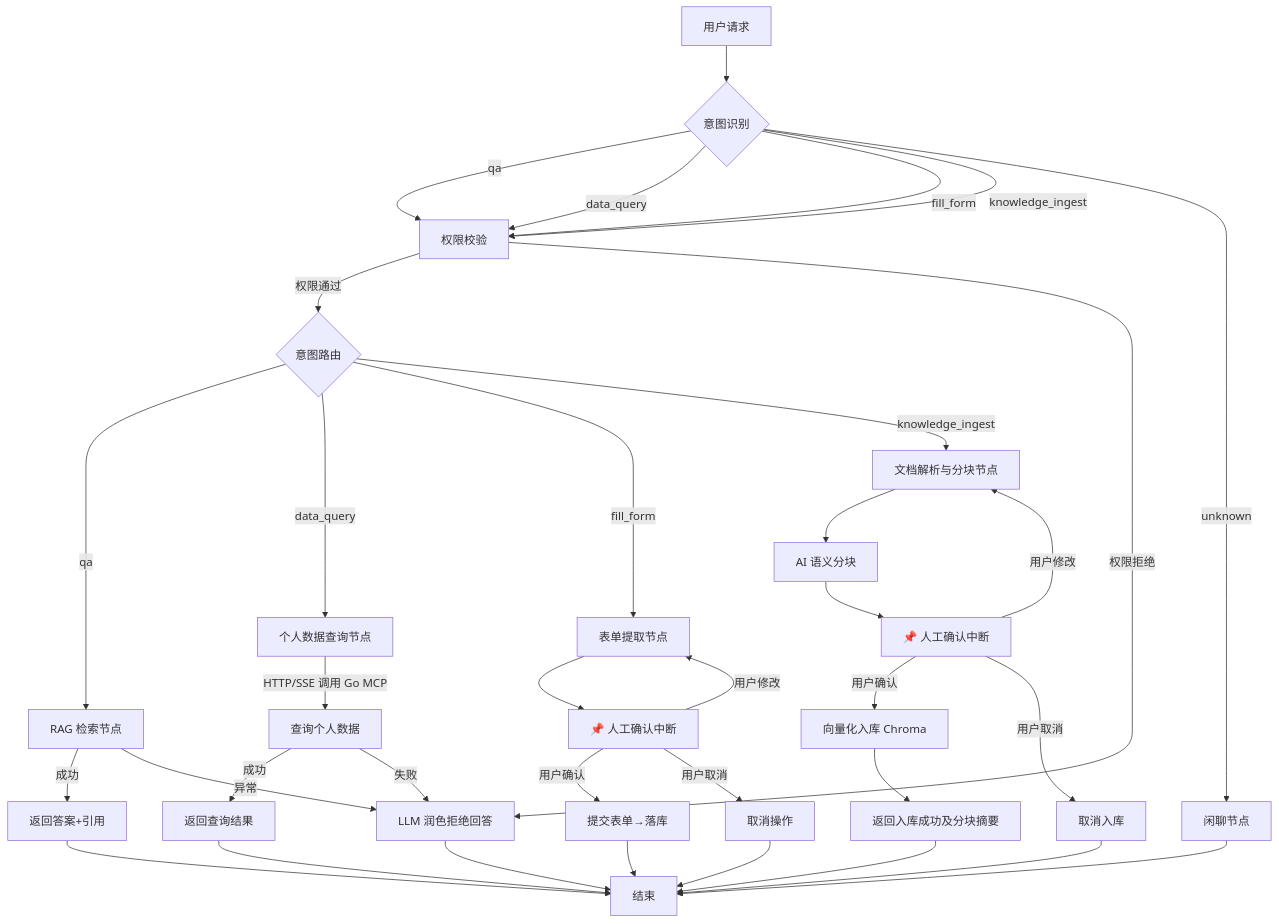
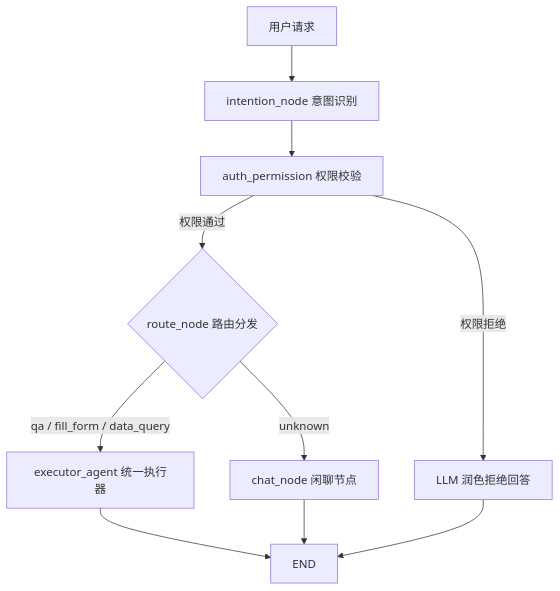
One commit to MRmrwei/Enterprise-Smart-Assistant-Project changed the diagram in enterprise_emart_assistant/README.md. Above: the diagram before and after it, drawn with Mermaid. The commit also changed other lines of this file and 2 other files, not shown here.

First line of the commit message:
``` feat(graph): 重构智能助手架构为统一执行器模式

````diff
--- a/enterprise_emart_assistant/README.md
+++ b/enterprise_emart_assistant/README.md
@@ -62,45 +57,14 @@
 ```mermaid
 graph TD
-    A[用户请求] --> B{意图识别}
-    B -->|qa| C[权限校验]
-    B -->|data_query| C
-    B -->|fill_form| C
-    B -->|knowledge_ingest| C
-    B -->|unknown| Chat[闲聊节点]
-    
-    C -->|权限通过| D{意图路由}
+    A[用户请求] --> B[intention_node 意图识别]
+    B --> C[auth_permission 权限校验]
+    C -->|权限通过| D{route_node 路由分发}
     C -->|权限拒绝| Z[LLM 润色拒绝回答]
     
-    D -->|qa| E[RAG 检索节点]
-    D -->|data_query| F[个人数据查询节点]
-    D -->|fill_form| G[表单提取节点]
-    D -->|knowledge_ingest| H[文档解析与分块节点]
+    D -->|qa / fill_form / data_query| E[executor_agent 统一执行器]
+    D -->|unknown| F[chat_node 闲聊节点]
     
-    E -->|成功| R[返回答案+引用]
-    E -->|异常| Z
-    
-    F -->|HTTP/SSE 调用 Go MCP| I[查询个人数据]
-    I -->|成功| R2[返回查询结果]
-    I -->|失败| Z
-    
-    G --> K[📌 人工确认中断]
-    K -->|用户确认| L[提交表单→落库]
-    K -->|用户修改| G
-    K -->|用户取消| M[取消操作]
-    
-    H --> N[AI 语义分块]
-    N --> O[📌 人工确认中断]
-    O -->|用户确认| P[向量化入库 Chroma]
-    O -->|用户修改| H
-    O -->|用户取消| Q[取消入库]
-    P --> R3[返回入库成功及分块摘要]
-    
-    Chat --> End[结束]
-    R --> End
-    R2 --> End
-    R3 --> End
-    L --> End
-    M --> End
-    Q --> End
-    Z --> End
+    E --> G[END]
+    F --> G
+    Z --> G
 ```
````
